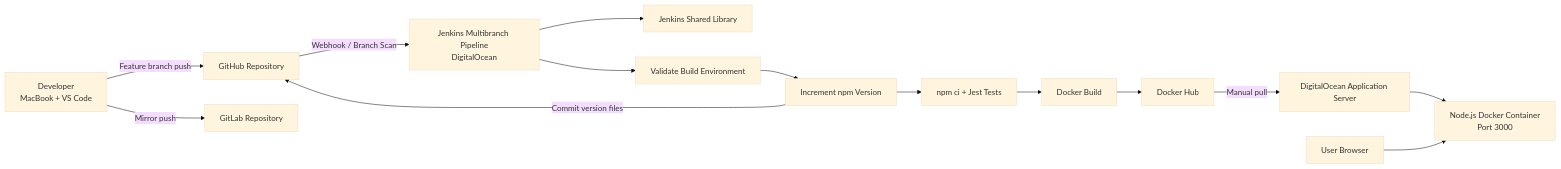
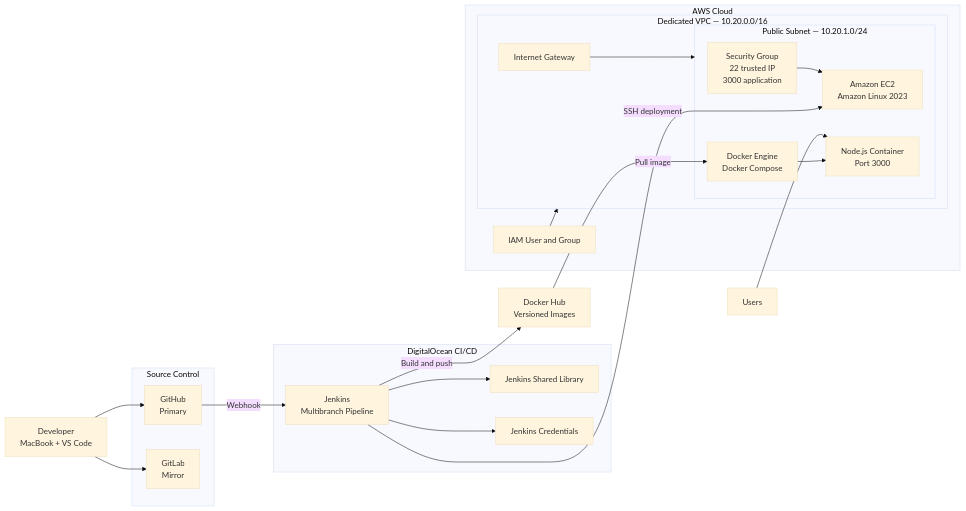
The diagram in README.md (younghadiz/nodejs-aws-ec2-jenkins-cd), drawn with Mermaid (base theme) before and after one commit. The commit also changed other lines of this file and 17 other files, not shown here.

Commit message:
docs: add AWS EC2 deployment documentation and evidence

````diff
--- a/README.md
+++ b/README.md
@@ -78,19 +19,48 @@
 ```mermaid
 flowchart LR
-    DEV["Developer<br/>MacBook + VS Code"] -->|Feature branch push| GH["GitHub Repository"]
-    DEV -->|Mirror push| GL["GitLab Repository"]
+    DEV["Developer<br/>MacBook + VS Code"]
 
-    GH -->|Webhook / Branch Scan| J["Jenkins Multibranch Pipeline<br/>DigitalOcean"]
+    subgraph SCM["Source Control"]
+        GH["GitHub<br/>Primary"]
+        GL["GitLab<br/>Mirror"]
+    end
 
-    J --> LIB["Jenkins Shared Library"]
-    J --> VALIDATE["Validate Build Environment"]
-    VALIDATE --> VERSION["Increment npm Version"]
-    VERSION --> TEST["npm ci + Jest Tests"]
-    TEST --> BUILD["Docker Build"]
-    BUILD --> DH["Docker Hub"]
-    VERSION -->|Commit version files| GH
+    subgraph CICD["DigitalOcean CI/CD"]
+        J["Jenkins<br/>Multibranch Pipeline"]
+        LIB["Jenkins Shared Library"]
+        CREDS["Jenkins Credentials"]
+    end
 
-    DH -->|Manual pull| SERVER["DigitalOcean Application Server"]
-    SERVER --> APP["Node.js Docker Container<br/>Port 3000"]
-    USER["User Browser"] --> APP
+    DH["Docker Hub<br/>Versioned Images"]
+
+    subgraph AWS["AWS Cloud"]
+        IAM["IAM User and Group"]
+
+        subgraph VPC["Dedicated VPC — 10.20.0.0/16"]
+            IGW["Internet Gateway"]
+
+            subgraph PUB["Public Subnet — 10.20.1.0/24"]
+                SG["Security Group<br/>22 trusted IP<br/>3000 application"]
+                EC2["Amazon EC2<br/>Amazon Linux 2023"]
+                DOCKER["Docker Engine<br/>Docker Compose"]
+                APP["Node.js Container<br/>Port 3000"]
+            end
+        end
+    end
+
+    USERS["Users"]
+
+    DEV --> GH
+    DEV --> GL
+    GH -->|"Webhook"| J
+    J --> LIB
+    J --> CREDS
+    J -->|"Build and push"| DH
+    J -->|"SSH deployment"| EC2
+    DH -->|"Pull image"| DOCKER
+    DOCKER --> APP
+    IAM --> VPC
+    IGW --> PUB
+    SG --> EC2
+    USERS --> APP
 ```
````
